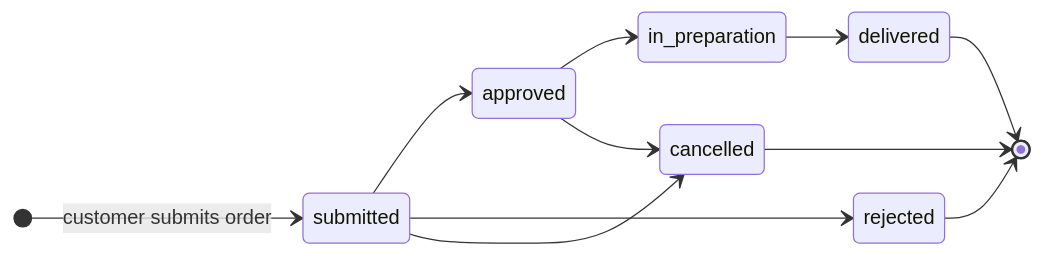
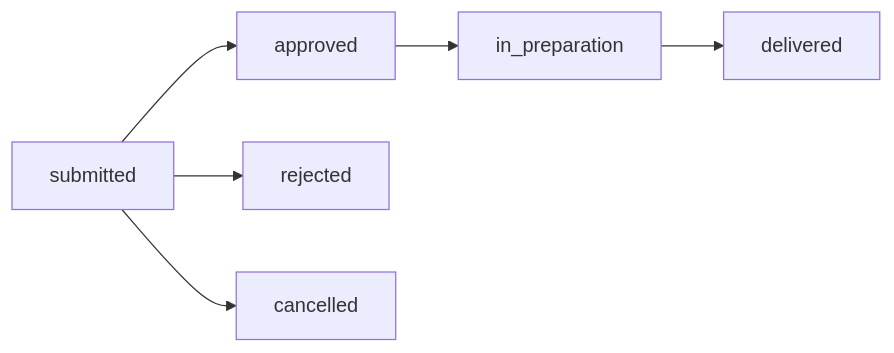
Before and after one commit to HeineML/Ekte-Mat-Assignment-4: the third of 3 diagrams in docs/report.md, drawn with Mermaid. The commit also changed other lines of this file, not shown here.

Commit message:
Shorten the report and simplify its diagrams (§11)

````diff
--- a/docs/report.md
+++ b/docs/report.md
@@ -218,14 +88,6 @@
 ```mermaid
-stateDiagram-v2
-    direction LR
-    [*] --> submitted : customer submits order
-    submitted --> approved
-    approved --> in_preparation
-    in_preparation --> delivered
-    delivered --> [*]
+flowchart LR
+    submitted --> approved --> in_preparation --> delivered
     submitted --> rejected
     submitted --> cancelled
-    approved --> cancelled
-    rejected --> [*]
-    cancelled --> [*]
 ```
````
